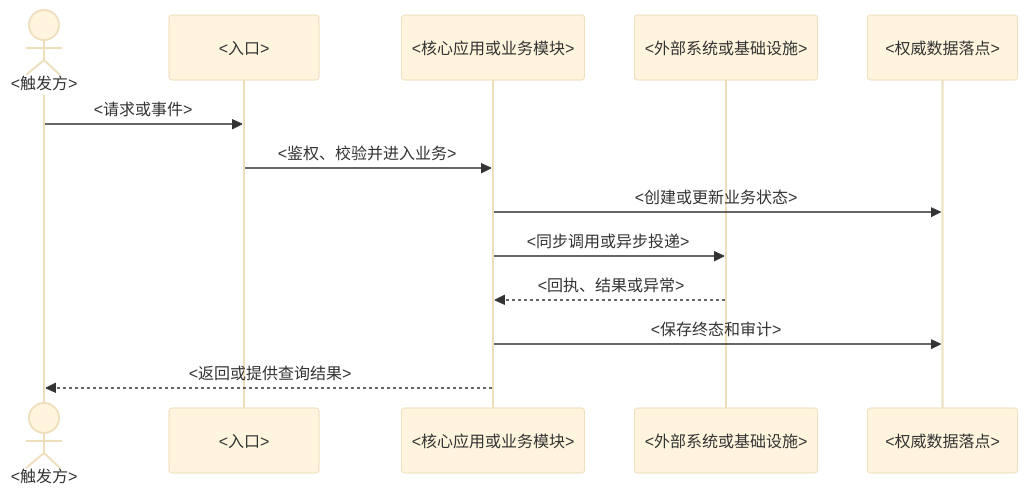
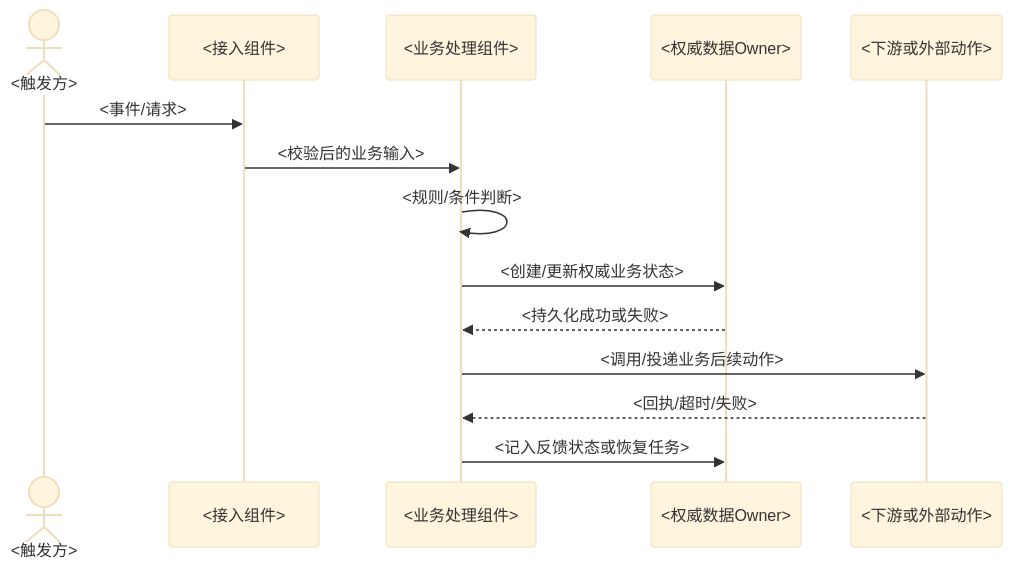
Before and after one commit to wamper64/dev-workflow: the third of 3 diagrams in skills/architecture-baseline/assets/architecture-template.md, drawn with Mermaid (base theme). The commit also changed other lines of this file, not shown here.

````diff
--- a/skills/architecture-baseline/assets/architecture-template.md
+++ b/skills/architecture-baseline/assets/architecture-template.md
@@ -229,16 +274,16 @@
 ```mermaid
 sequenceDiagram
   actor U as <触发方>
-  participant E as <入口>
-  participant A as <核心应用或业务模块>
-  participant X as <外部系统或基础设施>
-  participant D as <权威数据落点>
-
-  U->>E: <请求或事件>
-  E->>A: <鉴权、校验并进入业务>
-  A->>D: <创建或更新业务状态>
-  A->>X: <同步调用或异步投递>
-  X-->>A: <回执、结果或异常>
-  A->>D: <保存终态和审计>
-  A-->>U: <返回或提供查询结果>
+  participant E as <接入组件>
+  participant A as <业务处理组件>
+  participant D as <权威数据Owner>
+  participant X as <下游或外部动作>
+  U->>E: <事件/请求>
+  E->>A: <校验后的业务输入>
+  A->>A: <规则/条件判断>
+  A->>D: <创建/更新权威业务状态>
+  D-->>A: <持久化成功或失败>
+  A->>X: <调用/投递业务后续动作>
+  X-->>A: <回执/超时/失败>
+  A->>D: <记入反馈状态或恢复任务>
 ```
````
